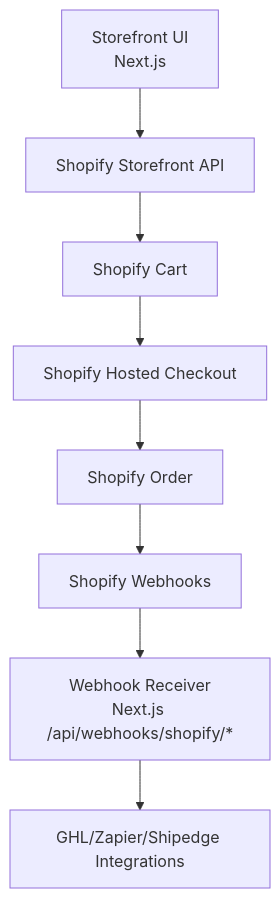
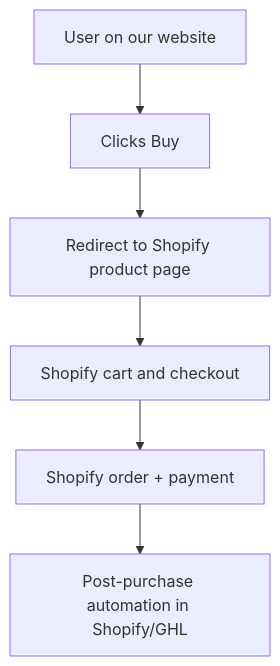
The diagram in shopify.md (shubhamjadhav-source/Arche), drawn with Mermaid before and after one commit. The commit also changed other lines of this file, not shown here.

````diff
--- a/shopify.md
+++ b/shopify.md
@@ -29,10 +13,8 @@
 ```mermaid
 flowchart TD
-  A[Storefront UI<br/>Next.js] --> B[Shopify Storefront API]
-  B --> C[Shopify Cart]
-  C --> D[Shopify Hosted Checkout]
-  D --> E[Shopify Order]
-  E --> F[Shopify Webhooks]
-  F --> G[Webhook Receiver<br/>Next.js /api/webhooks/shopify/*]
-  G --> H[GHL/Zapier/Shipedge Integrations]
+  A[User on our website] --> B[Clicks Buy]
+  B --> C[Redirect to Shopify product page]
+  C --> D[Shopify cart and checkout]
+  D --> E[Shopify order + payment]
+  E --> F[Post-purchase automation in Shopify/GHL]
 ```
````
